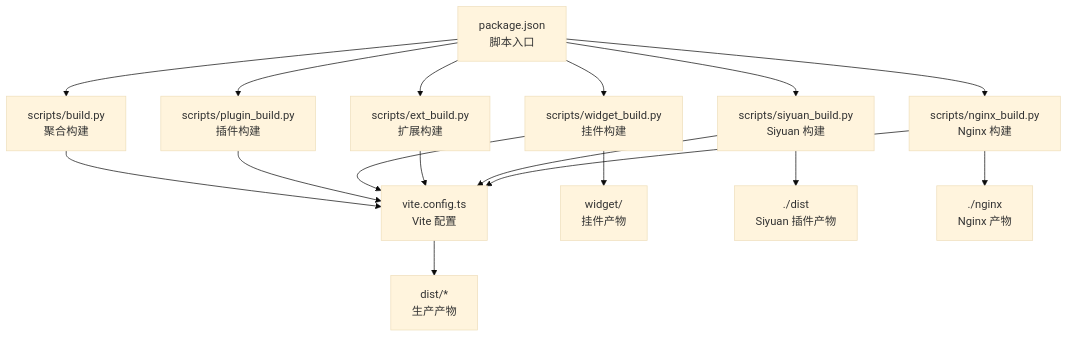
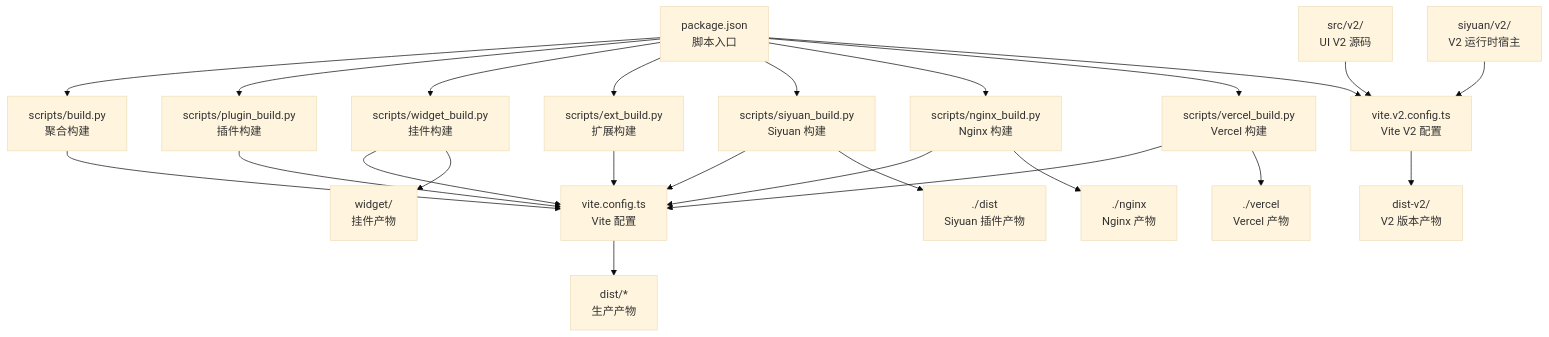
Before and after one commit to terwer/siyuan-plugin-publisher: the first of 8 diagrams in .qoder/repowiki/zh/content/开发指南/构建系统/构建系统.md, drawn with Mermaid (base theme). The commit also changed other lines of this file and 12 other files, not shown here.

````diff
--- a/.qoder/repowiki/zh/content/开发指南/构建系统/构建系统.md
+++ b/.qoder/repowiki/zh/content/开发指南/构建系统/构建系统.md
@@ -52,19 +74,26 @@
 ```mermaid
 graph TB
 A["package.json<br/>脚本入口"] --> B["scripts/build.py<br/>聚合构建"]
 A --> C["scripts/plugin_build.py<br/>插件构建"]
 A --> D["scripts/widget_build.py<br/>挂件构建"]
 A --> E["scripts/ext_build.py<br/>扩展构建"]
 A --> F["scripts/siyuan_build.py<br/>Siyuan 构建"]
 A --> G["scripts/nginx_build.py<br/>Nginx 构建"]
-B --> H["vite.config.ts<br/>Vite 配置"]
-C --> H
-D --> H
-E --> H
-F --> H
-G --> H
-H --> I["dist/*<br/>生产产物"]
-D --> J["widget/<br/>挂件产物"]
-F --> K["./dist<br/>Siyuan 插件产物"]
-G --> L["./nginx<br/>Nginx 产物"]
+A --> H["scripts/vercel_build.py<br/>Vercel 构建"]
+B --> I["vite.config.ts<br/>Vite 配置"]
+C --> I
+D --> I
+E --> I
+F --> I
+G --> I
+H --> I
+I --> J["dist/*<br/>生产产物"]
+D --> K["widget/<br/>挂件产物"]
+F --> L["./dist<br/>Siyuan 插件产物"]
+G --> M["./nginx<br/>Nginx 产物"]
+H --> N["./vercel<br/>Vercel 产物"]
+A --> O["vite.v2.config.ts<br/>Vite V2 配置"]
+O --> P["dist-v2/<br/>V2 版本产物"]
+Q["src/v2/<br/>UI V2 源码"] --> O
+R["siyuan/v2/<br/>V2 运行时宿主"] --> O
 ```
````
